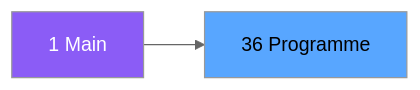
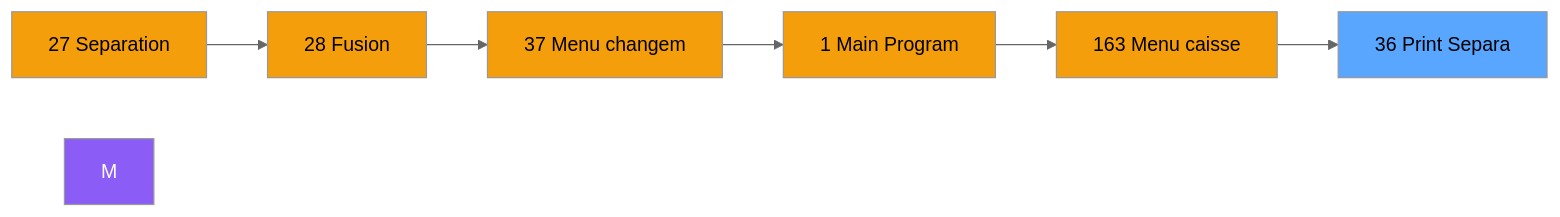
The second of 3 diagrams in .openspec/specs/ADH-IDE-36.md (thonyAGP/magic-migration), drawn with Mermaid (neutral theme) before and after one commit. The commit also changed other lines of this file and 323 other files, not shown here.

````diff
--- a/.openspec/specs/ADH-IDE-36.md
+++ b/.openspec/specs/ADH-IDE-36.md
@@ -101,8 +122,21 @@
 ```mermaid
 graph LR
-    M[1 Main]
-    T[36 Programme]
-    M --> T
+    N27[27 Separation]
+    N28[28 Fusion]
+    N37[37 Menu changem]
+    N1[1 Main Program]
+    N163[163 Menu caisse ]
+    T[36 Print Separa]
+    N27 --> N28
+    N28 --> N37
+    N37 --> N1
+    N1 --> N163
+    N163 --> T
     style M fill:#8b5cf6,color:#fff
+    style N27 fill:#f59e0b
+    style N28 fill:#f59e0b
+    style N37 fill:#f59e0b
+    style N1 fill:#f59e0b
+    style N163 fill:#f59e0b
     style T fill:#58a6ff,color:#000
 ```
````
